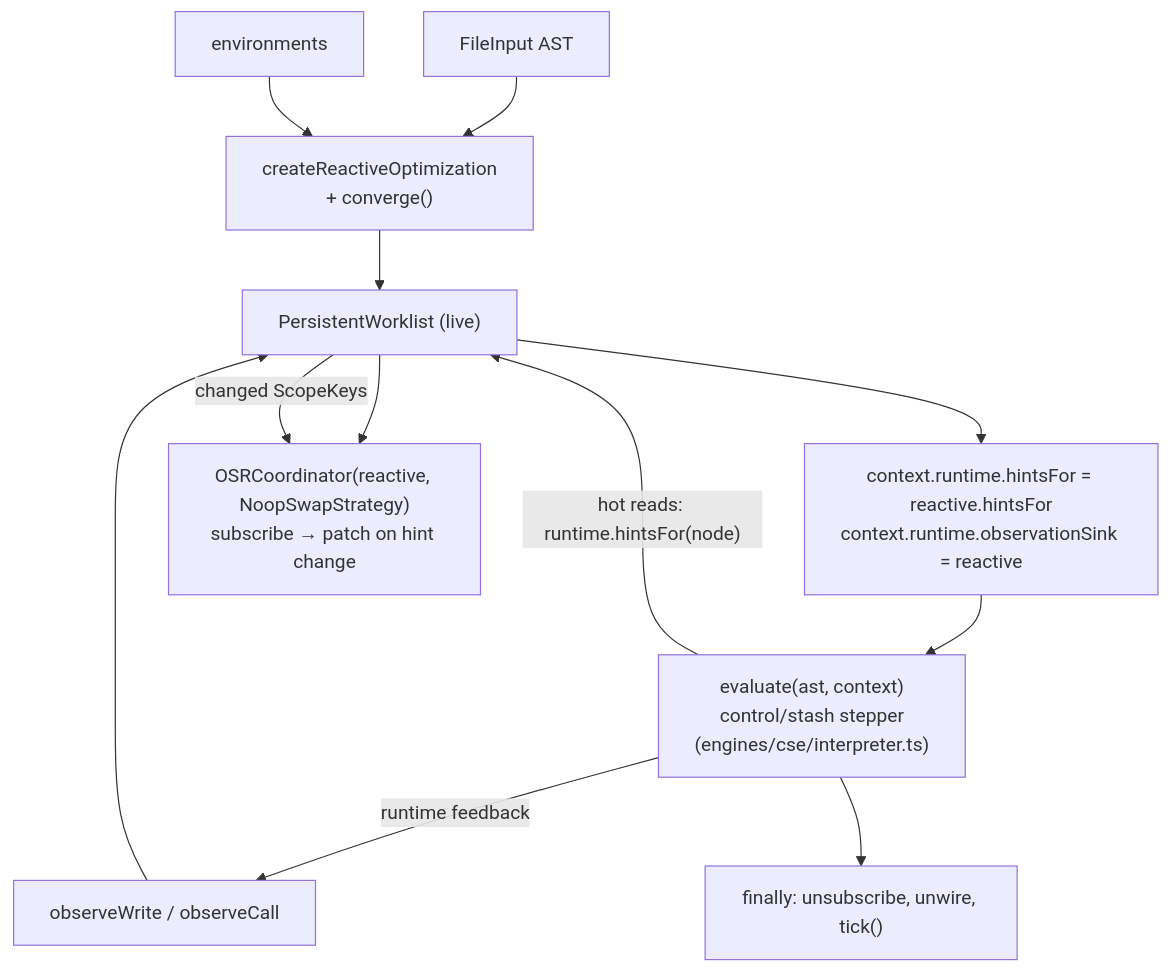
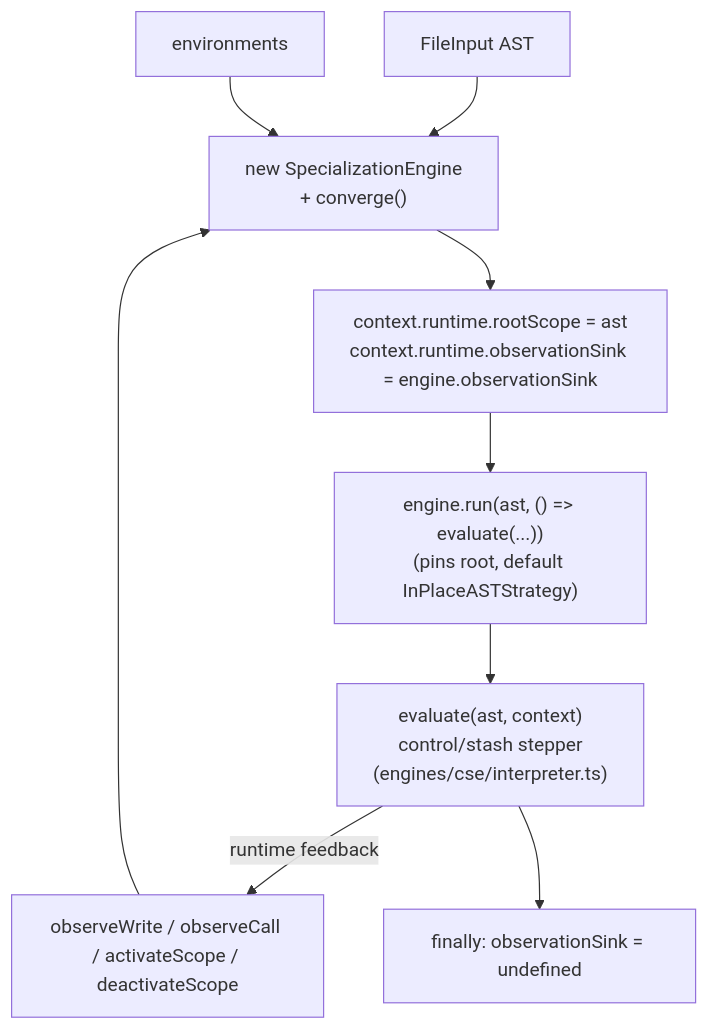
The fifth of 6 diagrams in docs/compilation-flow.md (loyaltypollution/py-slang), drawn with Mermaid before and after one commit. The commit also changed other lines of this file and 30 other files, not shown here.

First line of the commit message:
refactor(specialization): δ — replace SpecializationEngine with runPinned helper

````diff
--- a/docs/compilation-flow.md
+++ b/docs/compilation-flow.md
@@ -215,21 +278,17 @@
 ```mermaid
 flowchart TB
     AST["FileInput AST"]
     ENV["environments"]
-    RO["createReactiveOptimization<br/>+ converge()"]
-    PW["PersistentWorklist (live)"]
-    WIRE["context.runtime.hintsFor = reactive.hintsFor<br/>context.runtime.observationSink = reactive"]
-    COORD["OSRCoordinator(reactive, NoopSwapStrategy)<br/>subscribe → patch on hint change"]
+    ENG["new SpecializationEngine<br/>+ converge()"]
+    WIRE["context.runtime.rootScope = ast<br/>context.runtime.observationSink = engine.observationSink"]
+    RUN["engine.run(ast, () => evaluate(...))<br/>(pins root, default InPlaceASTStrategy)"]
     EXEC["evaluate(ast, context)<br/>control/stash stepper<br/>(engines/cse/interpreter.ts)"]
-    OBS["observeWrite / observeCall"]
-    FIN["finally: unsubscribe, unwire, tick()"]
+    OBS["observeWrite / observeCall / activateScope / deactivateScope"]
+    FIN["finally: observationSink = undefined"]
 
-    AST --> RO --> PW
-    ENV --> RO
-    PW --> WIRE --> EXEC
-    PW --> COORD
-    EXEC -- "hot reads: runtime.hintsFor(node)" --> PW
-    EXEC -- "runtime feedback" --> OBS --> PW
-    PW -- "changed ScopeKeys" --> COORD
+    AST --> ENG
+    ENV --> ENG
+    ENG --> WIRE --> RUN --> EXEC
+    EXEC -- "runtime feedback" --> OBS --> ENG
     EXEC --> FIN
 ```
````
